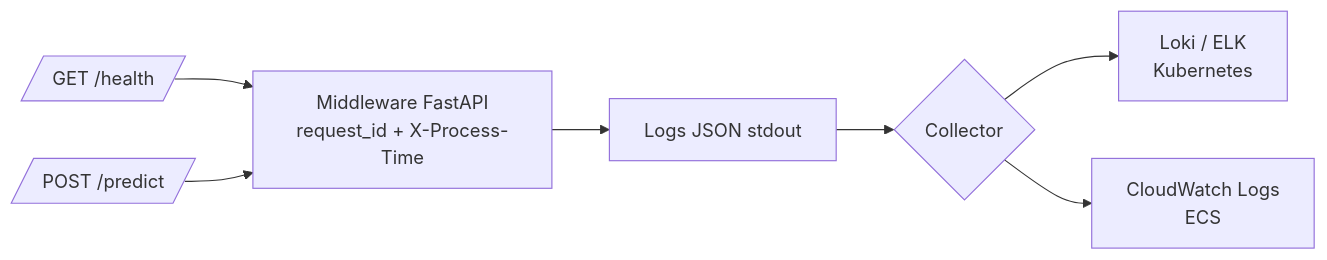
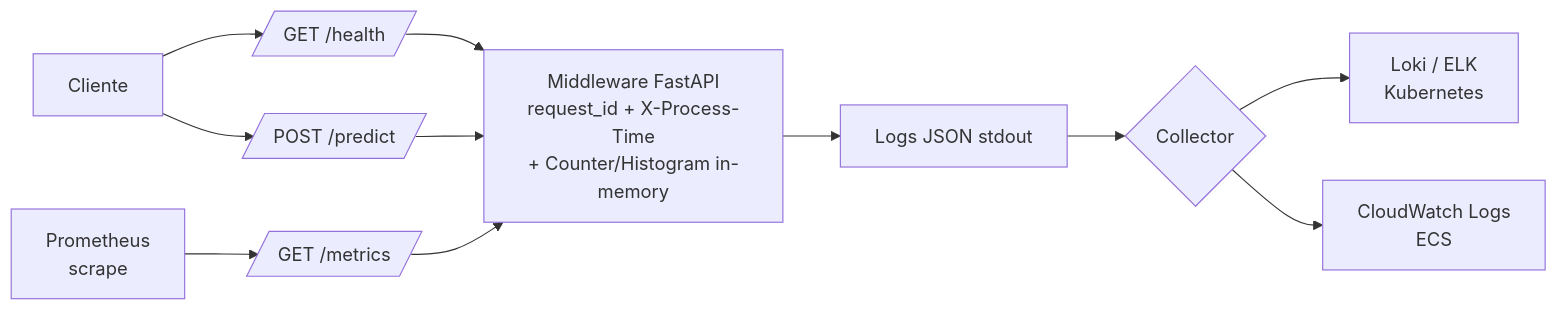
Before and after one commit to JosueJNLui/fiap-mlet-challenge-fase-1: the sixth of 6 diagrams in docs/DEPLOYMENT.md, drawn with Mermaid. The commit also changed other lines of this file and 9 other files, not shown here.

First line of the commit message:
feat: include prometheus metrics endpoint /metrics (#23)

````diff
--- a/docs/DEPLOYMENT.md
+++ b/docs/DEPLOYMENT.md
@@ -283,16 +283,20 @@
 ```mermaid
 flowchart LR
+    Client[Cliente]
+    Prom[Prometheus<br/>scrape]
     Probe[/GET /health/]
     Predict[/POST /predict/]
-    Middleware[Middleware FastAPI<br/>request_id + X-Process-Time]
+    Metrics[/GET /metrics/]
+    Middleware[Middleware FastAPI<br/>request_id + X-Process-Time<br/>+ Counter/Histogram in-memory]
     Logs[Logs JSON stdout]
     Collector{Collector}
     Loki[Loki / ELK<br/>Kubernetes]
     CloudWatch[CloudWatch Logs<br/>ECS]
 
-    Probe --> Middleware
-    Predict --> Middleware
+    Client --> Probe --> Middleware
+    Client --> Predict --> Middleware
+    Prom --> Metrics --> Middleware
     Middleware --> Logs --> Collector
     Collector --> Loki
     Collector --> CloudWatch
 ```
````
